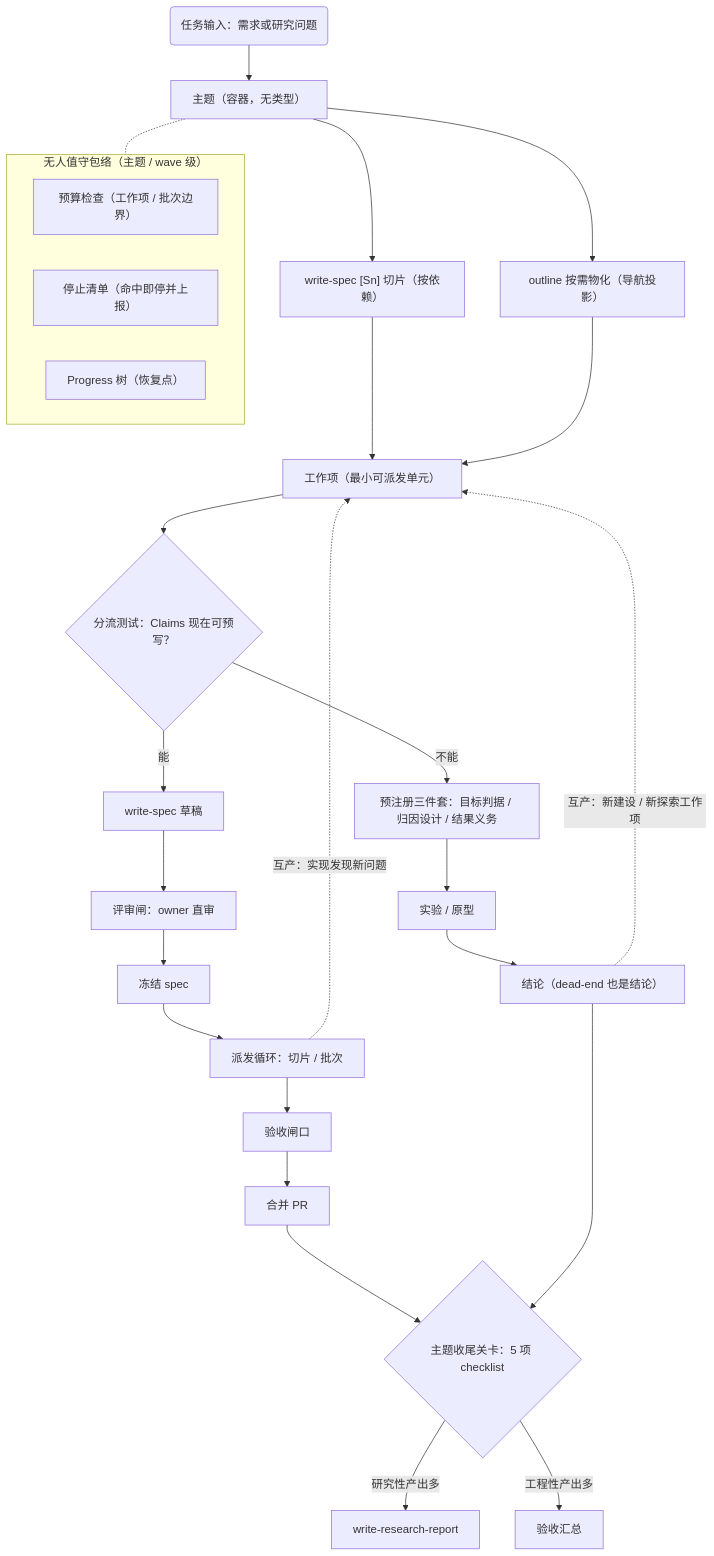
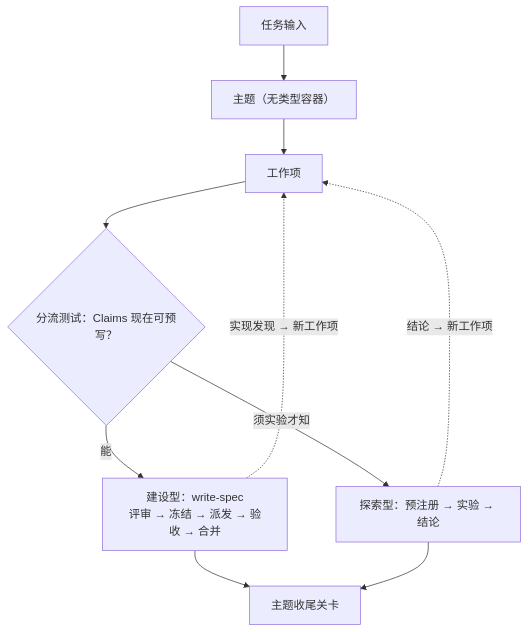
Before and after one commit to nightBrise/sci-spec-loop-skill: the second of 8 diagrams in README.md, drawn with Mermaid. The commit also changed other lines of this file and 8 other files, not shown here.

````diff
--- a/README.md
+++ b/README.md
@@ -15,35 +33,12 @@
 ```mermaid
-flowchart TD
-    IN("任务输入：需求或研究问题") --> TOPIC["主题（容器，无类型）"]
-    TOPIC --> SPLIT1["write-spec [Sn] 切片（按依赖）"]
-    TOPIC --> SPLIT2["outline 按需物化（导航投影）"]
-    SPLIT1 --> WI["工作项（最小可派发单元）"]
-    SPLIT2 --> WI
-    WI --> TEST{"分流测试：Claims 现在可预写？"}
-
-    TEST -->|"能"| B1["write-spec 草稿"]
-    B1 --> B2["评审闸：owner 直审"]
-    B2 --> B3["冻结 spec"]
-    B3 --> B4["派发循环：切片 / 批次"]
-    B4 --> B5["验收闸口"]
-    B5 --> B6["合并 PR"]
-
-    TEST -->|"不能"| E1["预注册三件套：目标判据 / 归因设计 / 结果义务"]
-    E1 --> E2["实验 / 原型"]
-    E2 --> E3["结论（dead-end 也是结论）"]
-
-    E3 -.->|"互产：新建设 / 新探索工作项"| WI
-    B4 -.->|"互产：实现发现新问题"| WI
-    B6 --> CLOSE{"主题收尾关卡：5 项 checklist"}
-    E3 --> CLOSE
-    CLOSE -->|"研究性产出多"| RPT["write-research-report"]
-    CLOSE -->|"工程性产出多"| ACC["验收汇总"]
-
-    subgraph ENV["无人值守包络（主题 / wave 级）"]
-        direction LR
-        N1["预算检查（工作项 / 批次边界）"]
-        N2["停止清单（命中即停并上报）"]
-        N3["Progress 树（恢复点）"]
-    end
-    TOPIC -.- ENV
+flowchart TB
+    IN["任务输入"] --> T["主题（无类型容器）"]
+    T --> WI["工作项"]
+    WI --> Q{"分流测试：Claims 现在可预写？"}
+    Q -->|"能"| B["建设型：write-spec<br/>评审 → 冻结 → 派发 → 验收 → 合并"]
+    Q -->|"须实验才知"| E["探索型：预注册 → 实验 → 结论"]
+    E -.->|"结论 → 新工作项"| WI
+    B -.->|"实现发现 → 新工作项"| WI
+    B --> C["主题收尾关卡"]
+    E --> C
 ```
````
